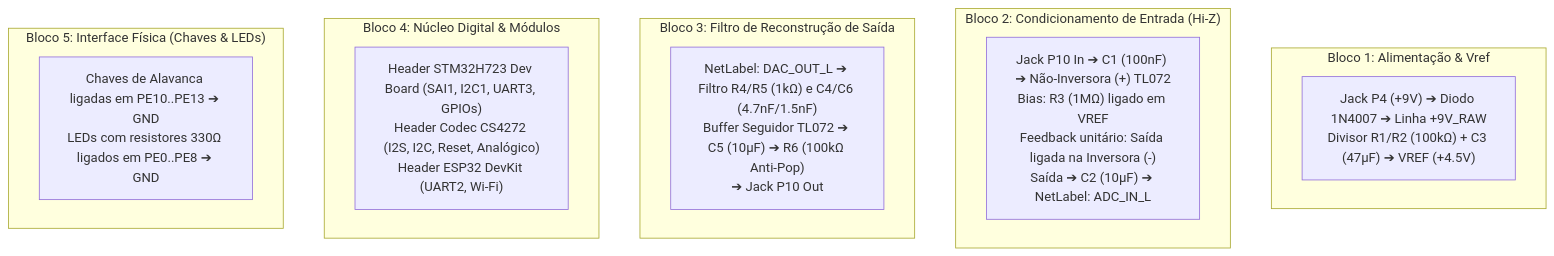
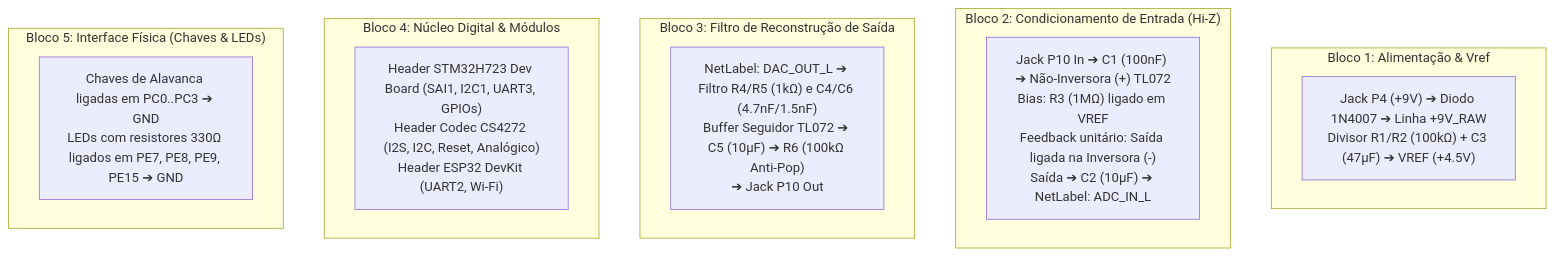
Before and after one commit to Rodriguesmath/Pedaleira-digital: the diagram in docs/hardware/guia_esquematico_easyeda.md, drawn with Mermaid. The commit also changed other lines of this file and 4 other files, not shown here.

````diff
--- a/docs/hardware/guia_esquematico_easyeda.md
+++ b/docs/hardware/guia_esquematico_easyeda.md
@@ -55,22 +74,22 @@
 ```mermaid
 flowchart TD
     subgraph S1["Bloco 1: Alimentação & Vref"]
         B1["Jack P4 (+9V) ➔ Diodo 1N4007 ➔ Linha +9V_RAW<br/>Divisor R1/R2 (100kΩ) + C3 (47µF) ➔ VREF (+4.5V)"]
     end
 
     subgraph S2["Bloco 2: Condicionamento de Entrada (Hi-Z)"]
         B2["Jack P10 In ➔ C1 (100nF) ➔ Não-Inversora (+) TL072<br/>Bias: R3 (1MΩ) ligado em VREF<br/>Feedback unitário: Saída ligada na Inversora (-)<br/>Saída ➔ C2 (10µF) ➔ NetLabel: ADC_IN_L"]
     end
 
     subgraph S3["Bloco 3: Filtro de Reconstrução de Saída"]
         B3["NetLabel: DAC_OUT_L ➔ Filtro R4/R5 (1kΩ) e C4/C6 (4.7nF/1.5nF)<br/>Buffer Seguidor TL072 ➔ C5 (10µF) ➔ R6 (100kΩ Anti-Pop)<br/>➔ Jack P10 Out"]
     end
 
     subgraph S4["Bloco 4: Núcleo Digital & Módulos"]
         B4["Header STM32H723 Dev Board (SAI1, I2C1, UART3, GPIOs)<br/>Header Codec CS4272 (I2S, I2C, Reset, Analógico)<br/>Header ESP32 DevKit (UART2, Wi-Fi)"]
     end
 
     subgraph S5["Bloco 5: Interface Física (Chaves & LEDs)"]
-        B5["Chaves de Alavanca ligadas em PE10..PE13 ➔ GND<br/>LEDs com resistores 330Ω ligados em PE0..PE8 ➔ GND"]
+        B5["Chaves de Alavanca ligadas em PC0..PC3 ➔ GND<br/>LEDs com resistores 330Ω ligados em PE7, PE8, PE9, PE15 ➔ GND"]
     end
 ```
````
